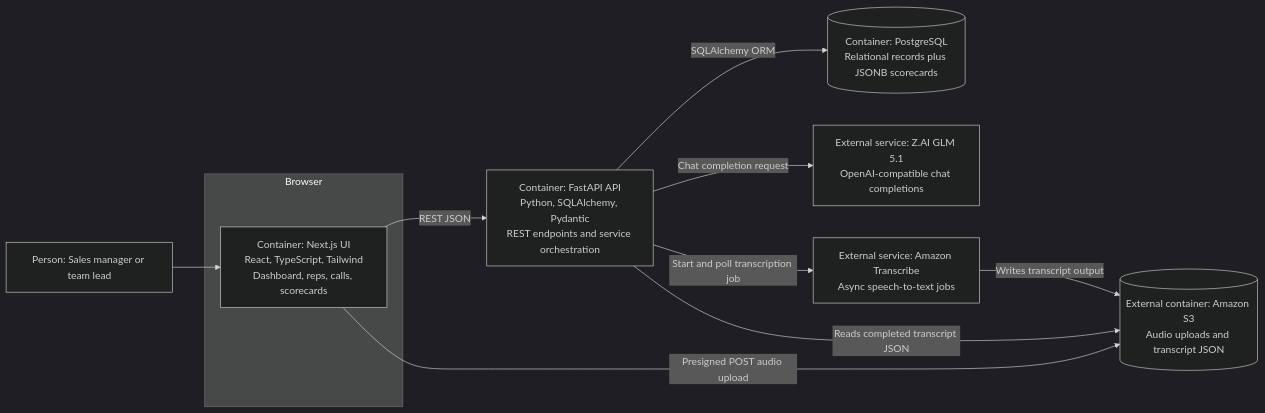
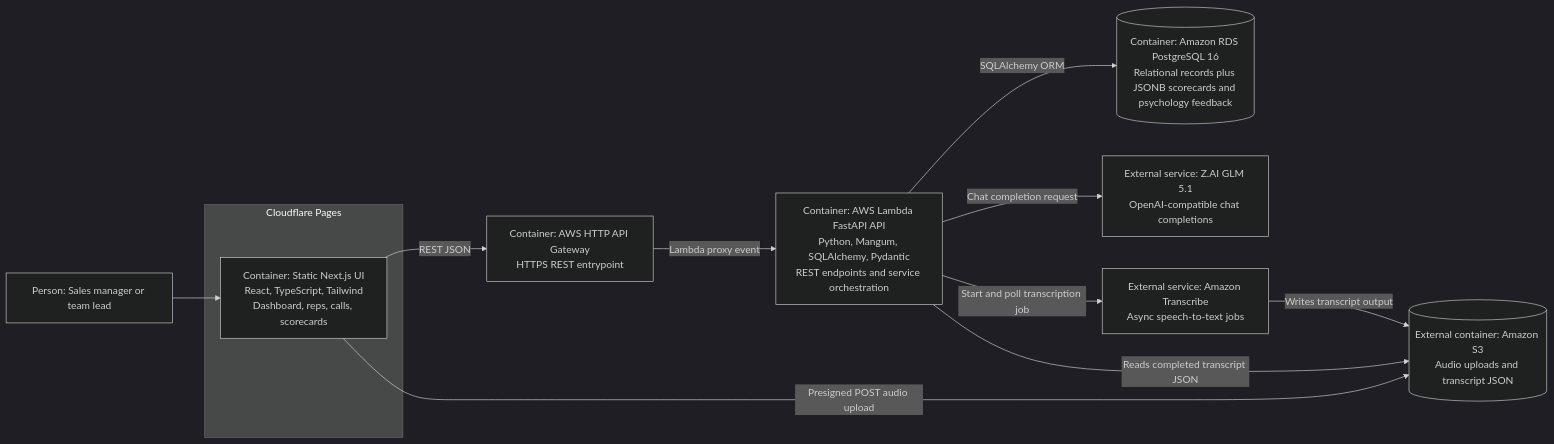
The diagram in docs/architecture.md (manynames3/revenue-coach-ai), drawn with Mermaid (dark theme) before and after one commit. The commit also changed other lines of this file and 32 other files, not shown here.

````diff
--- a/docs/architecture.md
+++ b/docs/architecture.md
@@ -7,23 +9,25 @@
 ```mermaid
 flowchart LR
     manager["Person: Sales manager or team lead"]
 
-    subgraph browser["Browser"]
-        frontend["Container: Next.js UI<br/>React, TypeScript, Tailwind<br/>Dashboard, reps, calls, scorecards"]
+    subgraph edge["Cloudflare Pages"]
+        frontend["Container: Static Next.js UI<br/>React, TypeScript, Tailwind<br/>Dashboard, reps, calls, scorecards"]
     end
 
-    backend["Container: FastAPI API<br/>Python, SQLAlchemy, Pydantic<br/>REST endpoints and service orchestration"]
-    db[("Container: PostgreSQL<br/>Relational records plus JSONB scorecards")]
+    api_gateway["Container: AWS HTTP API Gateway<br/>HTTPS REST entrypoint"]
+    backend["Container: AWS Lambda FastAPI API<br/>Python, Mangum, SQLAlchemy, Pydantic<br/>REST endpoints and service orchestration"]
+    db[("Container: Amazon RDS PostgreSQL 16<br/>Relational records plus JSONB scorecards and psychology feedback")]
     s3[("External container: Amazon S3<br/>Audio uploads and transcript JSON")]
     transcribe["External service: Amazon Transcribe<br/>Async speech-to-text jobs"]
     glm["External service: Z.AI GLM 5.1<br/>OpenAI-compatible chat completions"]
 
     manager --> frontend
-    frontend -->|"REST JSON"| backend
+    frontend -->|"REST JSON"| api_gateway
+    api_gateway -->|"Lambda proxy event"| backend
     frontend -->|"Presigned POST audio upload"| s3
     backend -->|"SQLAlchemy ORM"| db
     backend -->|"Chat completion request"| glm
     backend -->|"Start and poll transcription job"| transcribe
     transcribe -->|"Writes transcript output"| s3
     backend -->|"Reads completed transcript JSON"| s3
 ```
````
